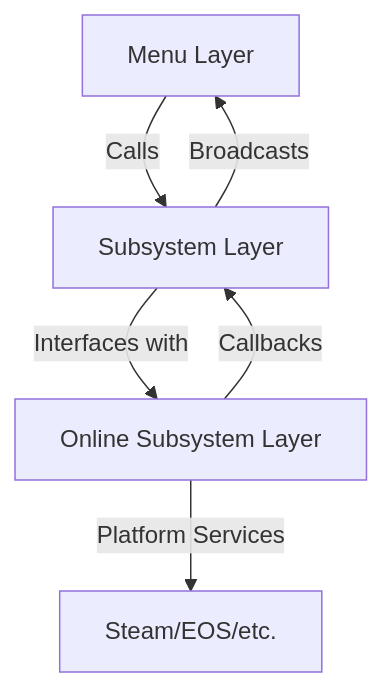
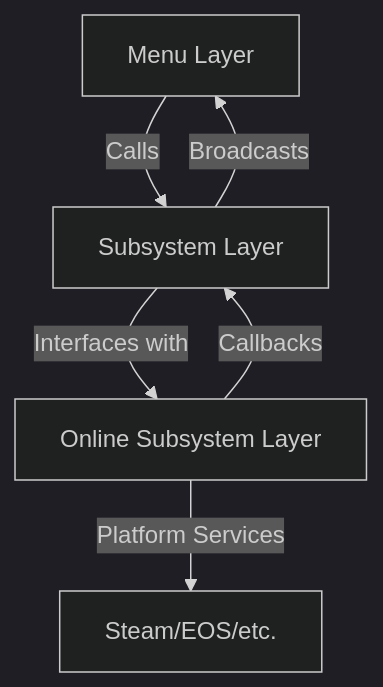
One commit to NovemberFalls/MP_SU_Shooter changed the first of 3 diagrams in Section 2/20. Join Sessions From The Menu.md. Above: the diagram before and after it, drawn with Mermaid. The commit also changed other lines of this file and 1 other file, not shown here.

````diff
--- a/Section 2/20. Join Sessions From The Menu.md
+++ b/Section 2/20. Join Sessions From The Menu.md
@@ -20,8 +20,9 @@
 ```mermaid
+%%{init: {'theme':'dark', 'themeVariables': {'actorTextColor': '#ffffff', 'actorBorder': '#ffffff'}}}%%
 graph TD
     A[Menu Layer] -->|Calls| B[Subsystem Layer]
     B -->|Interfaces with| C[Online Subsystem Layer]
     C -->|Platform Services| D[Steam/EOS/etc.]
     B -->|Broadcasts| A
     C -->|Callbacks| B
 ```
````
